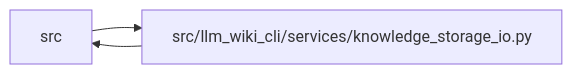
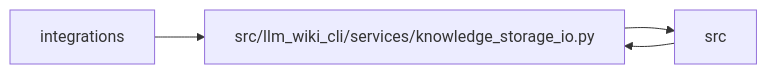
One commit to Denissvgn/python-wiki-llm changed the diagram in docs/llm_wiki/modules/knowledge_storage_io.md. Above: the diagram before and after it, drawn with Mermaid. The commit also changed other lines of this file and 297 other files, not shown here.

````diff
--- a/docs/llm_wiki/modules/knowledge_storage_io.md
+++ b/docs/llm_wiki/modules/knowledge_storage_io.md
@@ -28,8 +28,10 @@
 ```mermaid
 flowchart LR
-    n0["src"]
-    n1["src/llm_wiki_cli/services/knowledge_storage_io.py"]
-    n0 --> n1
-    n1 --> n0
-    click n1 "../modules/knowledge_storage_io.md"
+    n0["integrations"]
+    n1["src"]
+    n2["src/llm_wiki_cli/services/knowledge_storage_io.py"]
+    n0 --> n2
+    n1 --> n2
+    n2 --> n1
+    click n2 "../modules/knowledge_storage_io.md"
 ```
````
